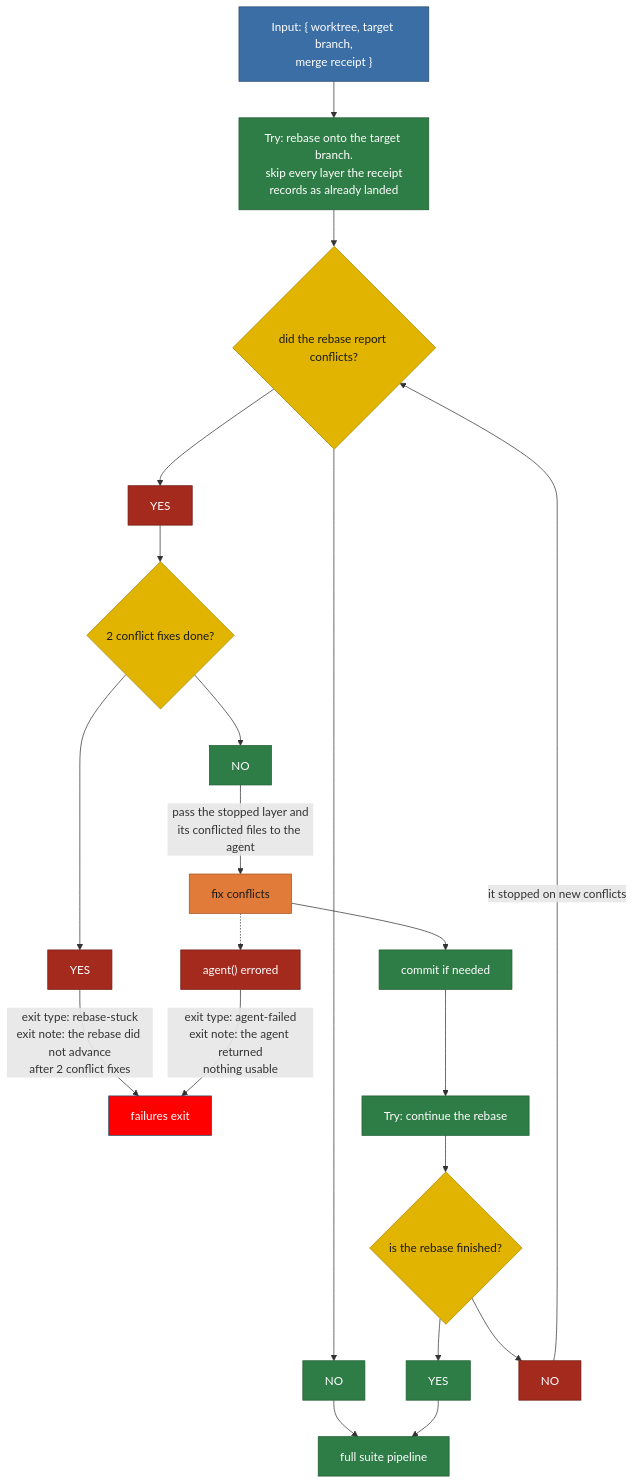
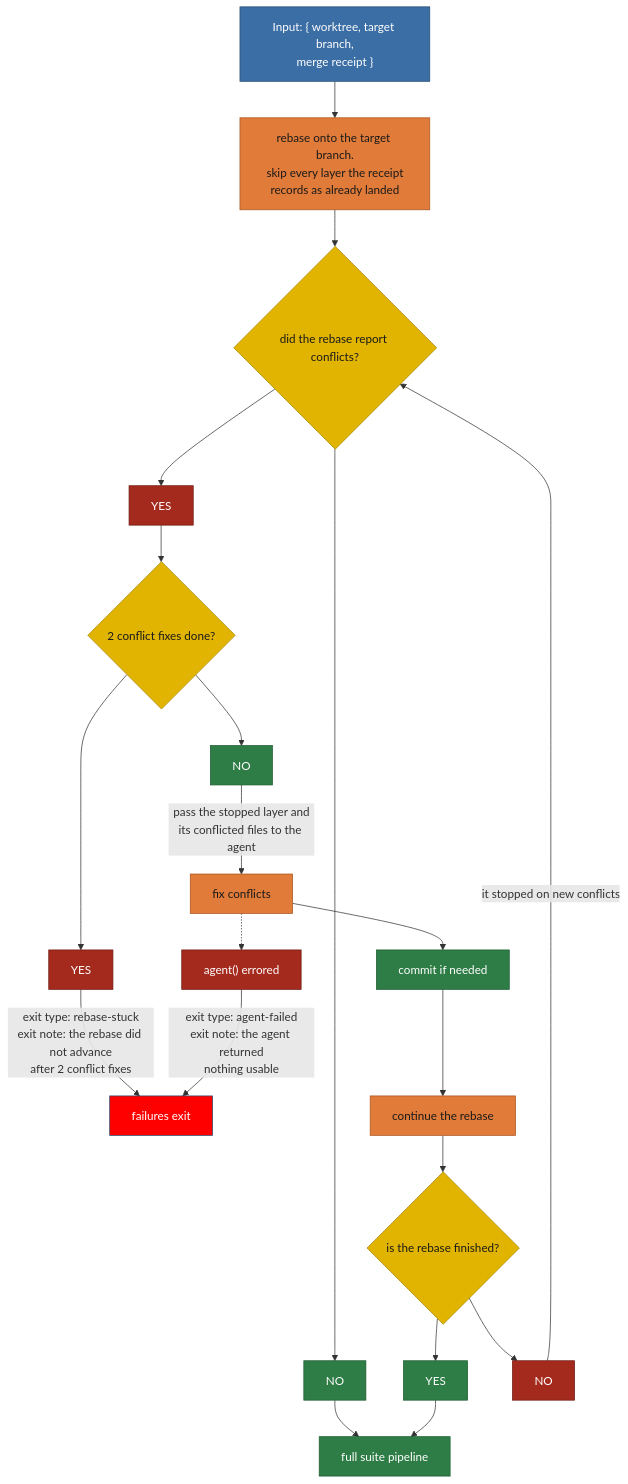
One commit to matkatmusic/taskTools changed the diagram in plans/diagram/pipeline-rebase.mmd. Above: the diagram before and after it, drawn with Mermaid. The commit also changed 35 other files, not shown here.

```diff
--- a/plans/diagram/pipeline-rebase.mmd
+++ b/plans/diagram/pipeline-rebase.mmd
@@ -1,75 +1,76 @@
 flowchart TB
 %% REBASE PIPELINE.
 %% ---
 %% Input: a finished implementation.
 %% ---
 %% Job: put the task's commits on top of the target branch.
 %% ---
 %% A conflict fix runs fix, then commit, then continue.
 %% ---
 %% Never fix then continue without committing first.
 %% ---
 %% The source lock is already held here.
 %% ---
 %% Every box refreshes the lock's heartbeat.
 %% ---
 %% Walks every repository layer, deepest submodule first.
 %% ---
 %% The receipt names layers already landed by the merge.
 %% ---
 %% A landed layer is public. Rebasing it would rewrite it.
 %% ---
 %% So this pipeline skips any layer the receipt marks landed.
 %% ---
 %% Merge re-enters here only when nothing landed.
 %% ---
 %% So the receipt is normally empty, but check, don't assume.
 %% ---
 %% Exit types: agent-failed, rebase-stuck, run-failed.
 %% ---
 %% Output feeds the full suite pipeline.
 
   SOURCE_REPO_LOCKED_INPUT["Input: { worktree, target branch,<br/>merge receipt }"] --> REBASE_ONTO_TARGET_BRANCH
-  REBASE_ONTO_TARGET_BRANCH["Try: rebase onto the target branch.<br/>skip every layer the receipt<br/>records as already landed"] --> DID_REBASE_REPORT_CONFLICTS{"did the rebase report conflicts?"}
+  REBASE_ONTO_TARGET_BRANCH["rebase onto the target branch.<br/>skip every layer the receipt<br/>records as already landed"] --> DID_REBASE_REPORT_CONFLICTS{"did the rebase report conflicts?"}
   DID_REBASE_REPORT_CONFLICTS --> DID_REBASE_REPORT_CONFLICTS_YES["YES"]
   DID_REBASE_REPORT_CONFLICTS --> DID_REBASE_REPORT_CONFLICTS_NO["NO"]
 
   DID_REBASE_REPORT_CONFLICTS_YES --> ARE_2_CONFLICT_FIXES_DONE{"2 conflict fixes done?"}
   ARE_2_CONFLICT_FIXES_DONE --> ARE_2_CONFLICT_FIXES_DONE_NO["NO"]
   ARE_2_CONFLICT_FIXES_DONE --> ARE_2_CONFLICT_FIXES_DONE_YES["YES"]
   ARE_2_CONFLICT_FIXES_DONE_YES -- "exit type: rebase-stuck<br/>exit note: the rebase did not advance<br/>after 2 conflict fixes" --> EXIT_WORKFLOW
   ARE_2_CONFLICT_FIXES_DONE_NO -- "pass the stopped layer and<br/>its conflicted files to the agent" --> FIX_CONFLICTS["fix conflicts"]
   FIX_CONFLICTS --> COMMIT_IF_NEEDED["commit if needed"]
-  COMMIT_IF_NEEDED --> CONTINUE_REBASE["Try: continue the rebase"]
+  COMMIT_IF_NEEDED --> CONTINUE_REBASE["continue the rebase"]
   CONTINUE_REBASE --> IS_REBASE_FINISHED{"is the rebase finished?"}
   IS_REBASE_FINISHED --> IS_REBASE_FINISHED_YES["YES"]
   IS_REBASE_FINISHED --> IS_REBASE_FINISHED_NO["NO"]
   IS_REBASE_FINISHED_NO -- "it stopped on new conflicts" --> DID_REBASE_REPORT_CONFLICTS
 
   DID_REBASE_REPORT_CONFLICTS_NO --> SUITE_PIPELINE
   IS_REBASE_FINISHED_YES --> SUITE_PIPELINE["full suite pipeline"]
 
   FIX_CONFLICTS -.-> AGENT_ERRORED["agent() errored"] -- "exit type: agent-failed<br/>exit note: the agent returned<br/>nothing usable" --> EXIT_WORKFLOW
 
   EXIT_WORKFLOW["failures exit"]
 
   %% pass/nopass: green heads to the next pipeline.
   %% ---
   %% Red goes back round the conflict cycle.
   classDef pipeline fill:#2f7d46,stroke:#1e5c31,color:#ffffff
   classDef script fill:#2f7d46,stroke:#1e5c31,color:#ffffff
   classDef agent fill:#e07b39,stroke:#a8541f,color:#1a1a1a
   classDef decision fill:#e0b400,stroke:#a88600,color:#1a1a1a
   classDef output fill:#3b6ea5,stroke:#254a70,color:#ffffff
   classDef fail fill:red,stroke:#254a70,color:#ffffff
   classDef pass fill:#2f7d46,stroke:#1e5c31,color:#ffffff
   classDef nopass fill:#a52a1e,stroke:#6d1a12,color:#ffffff
   class AGENT_ERRORED nopass
   class EXIT_WORKFLOW fail
   class DID_REBASE_REPORT_CONFLICTS,IS_REBASE_FINISHED,ARE_2_CONFLICT_FIXES_DONE decision
-  class REBASE_ONTO_TARGET_BRANCH,COMMIT_IF_NEEDED,CONTINUE_REBASE script
+  class COMMIT_IF_NEEDED script
+  class REBASE_ONTO_TARGET_BRANCH,CONTINUE_REBASE agent
   class FIX_CONFLICTS agent
   class SUITE_PIPELINE pipeline
   class DID_REBASE_REPORT_CONFLICTS_NO,IS_REBASE_FINISHED_YES,ARE_2_CONFLICT_FIXES_DONE_NO pass
   class DID_REBASE_REPORT_CONFLICTS_YES,IS_REBASE_FINISHED_NO,ARE_2_CONFLICT_FIXES_DONE_YES nopass
   class SOURCE_REPO_LOCKED_INPUT output
```
